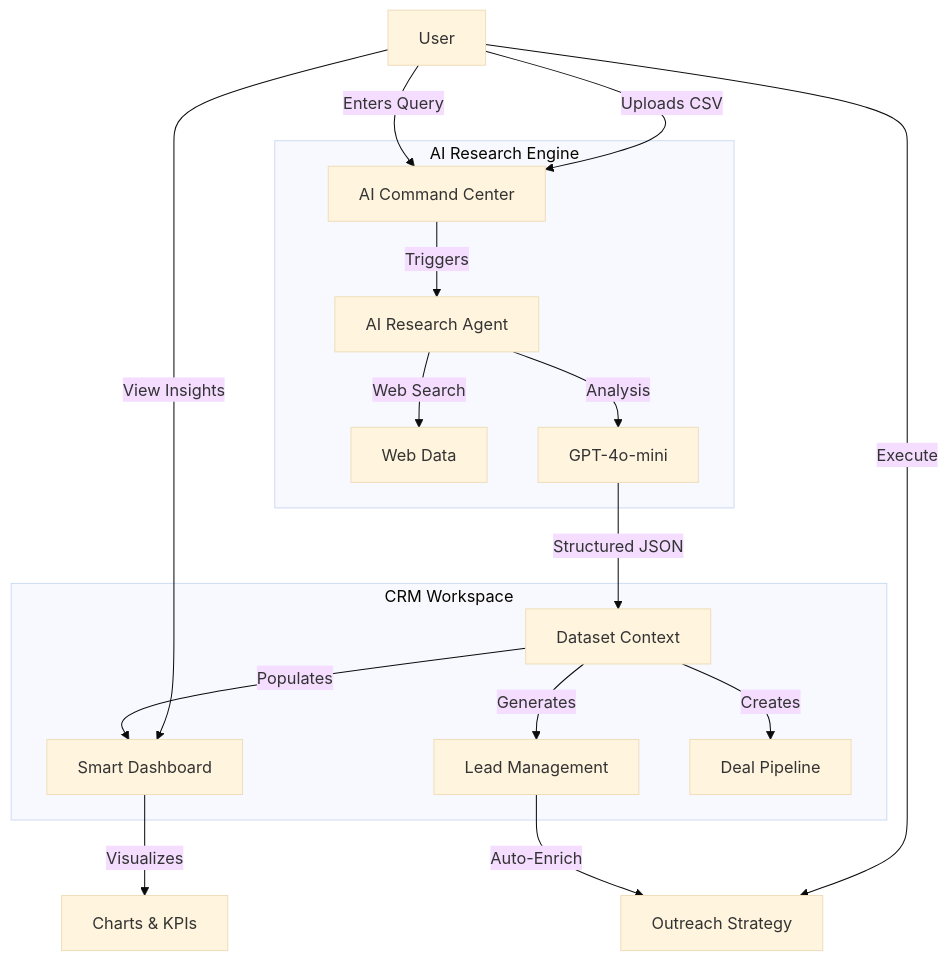
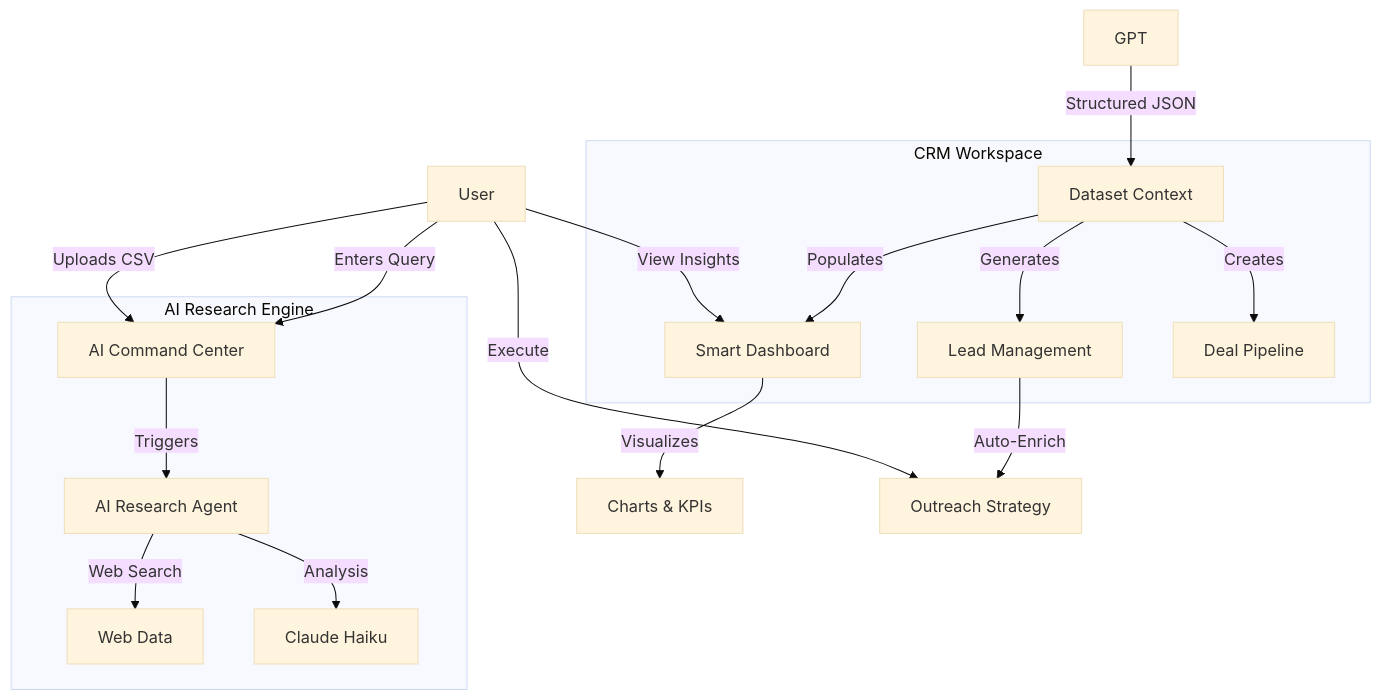
One commit to yubrajkhatri21/Project-III changed the diagram in README.md. Above: the diagram before and after it, drawn with Mermaid (base theme). The commit also changed other lines of this file and 25 other files, not shown here.

````diff
--- a/README.md
+++ b/README.md
@@ -50,25 +65,25 @@
 ```mermaid
 graph TD
     User -->|Enters Query| Cmd[AI Command Center]
     User -->|Uploads CSV| Cmd
     
     subgraph "AI Research Engine"
         Cmd -->|Triggers| Agent[AI Research Agent]
         Agent -->|Web Search| Data[Web Data]
-        Agent -->|Analysis| GPT[GPT-4o-mini]
+        Agent -->|Analysis| Claude[Claude Haiku]
     end
     
     GPT -->|Structured JSON| Context[Dataset Context]
     
     subgraph "CRM Workspace"
         Context -->|Populates| Dash[Smart Dashboard]
         Context -->|Generates| Leads[Lead Management]
         Context -->|Creates| Deals[Deal Pipeline]
     end
     
     Dash -->|Visualizes| Charts[Charts & KPIs]
     Leads -->|Auto-Enrich| Strategy[Outreach Strategy]
     
     User -->|View Insights| Dash
     User -->|Execute| Strategy
 ```
````
